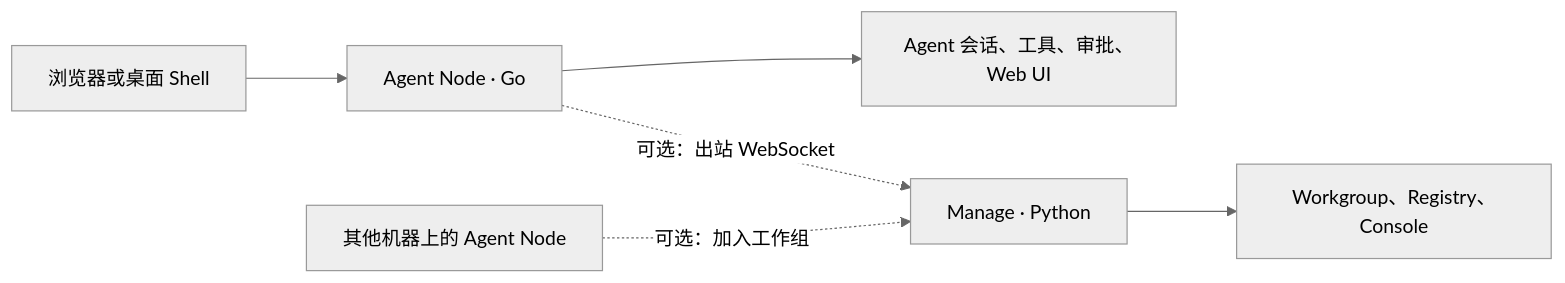
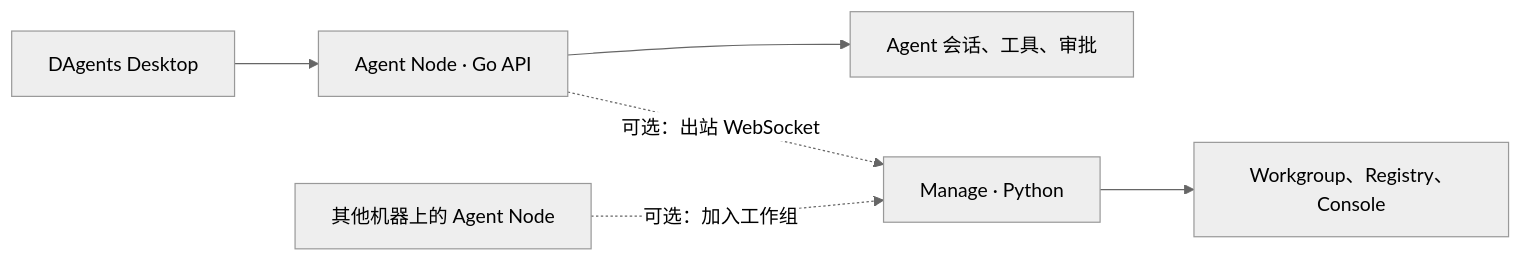
The diagram in README.md (DGS-ai-team/DAgents), drawn with Mermaid (neutral theme) before and after one commit. The commit also changed other lines of this file and 900 other files, not shown here.

Commit message:
refactor(desktop): separate personal Node and Desktop responsibilities

````diff
--- a/README.md
+++ b/README.md
@@ -60,8 +60,8 @@
 ```mermaid
 flowchart LR
-    U[浏览器或桌面 Shell] --> N[Agent Node · Go]
-    N --> A[Agent 会话、工具、审批、Web UI]
+    U[DAgents Desktop] --> N[Agent Node · Go API]
+    N --> A[Agent 会话、工具、审批]
     N -. 可选：出站 WebSocket .-> M[Manage · Python]
     M --> W[Workgroup、Registry、Console]
     N2[其他机器上的 Agent Node] -. 可选：加入工作组 .-> M
 ```
````
